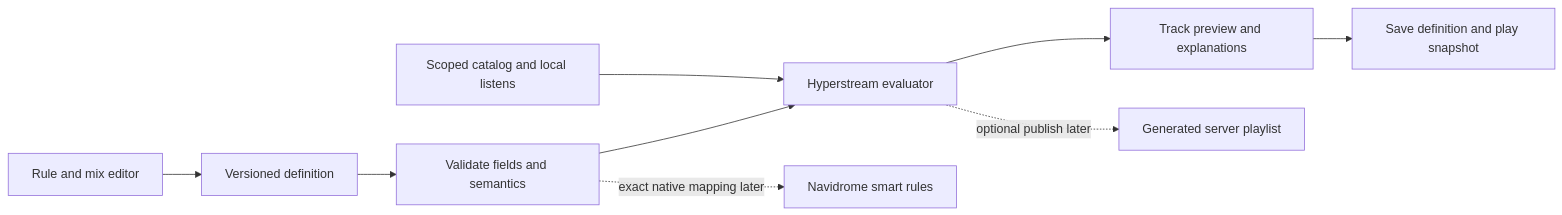
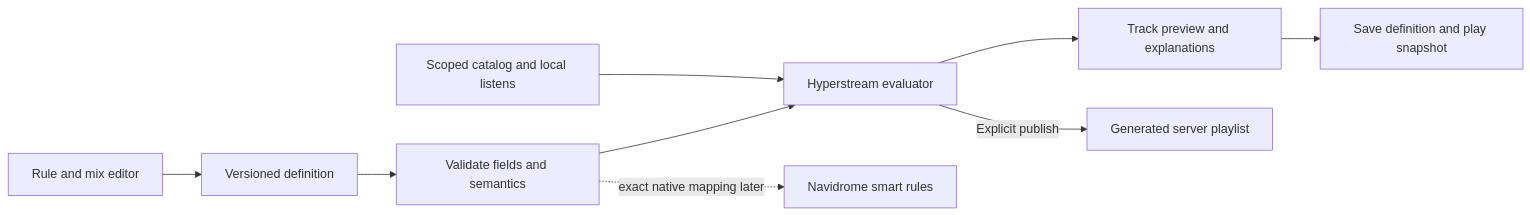
The first of 2 diagrams in docs/SMART_PLAYLISTS_AND_PROVIDERS.md (victoralvelais/navidrome-hyperstream), drawn with Mermaid before and after one commit. The commit also changed other lines of this file and 3 other files, not shown here.

````diff
--- a/docs/SMART_PLAYLISTS_AND_PROVIDERS.md
+++ b/docs/SMART_PLAYLISTS_AND_PROVIDERS.md
@@ -544,11 +545,11 @@
 ```mermaid
 flowchart LR
   UI[Rule and mix editor] --> D[Versioned definition]
   D --> V[Validate fields and semantics]
   Catalog[Scoped catalog and local listens] --> Eval[Hyperstream evaluator]
   V --> Eval
   Eval --> Preview[Track preview and explanations]
   Preview --> Saved[Save definition and play snapshot]
   V -. exact native mapping later .-> ND[Navidrome smart rules]
-  Eval -. optional publish later .-> Copy[Generated server playlist]
+  Eval -->|Explicit publish| Copy[Generated server playlist]
 ```
````
